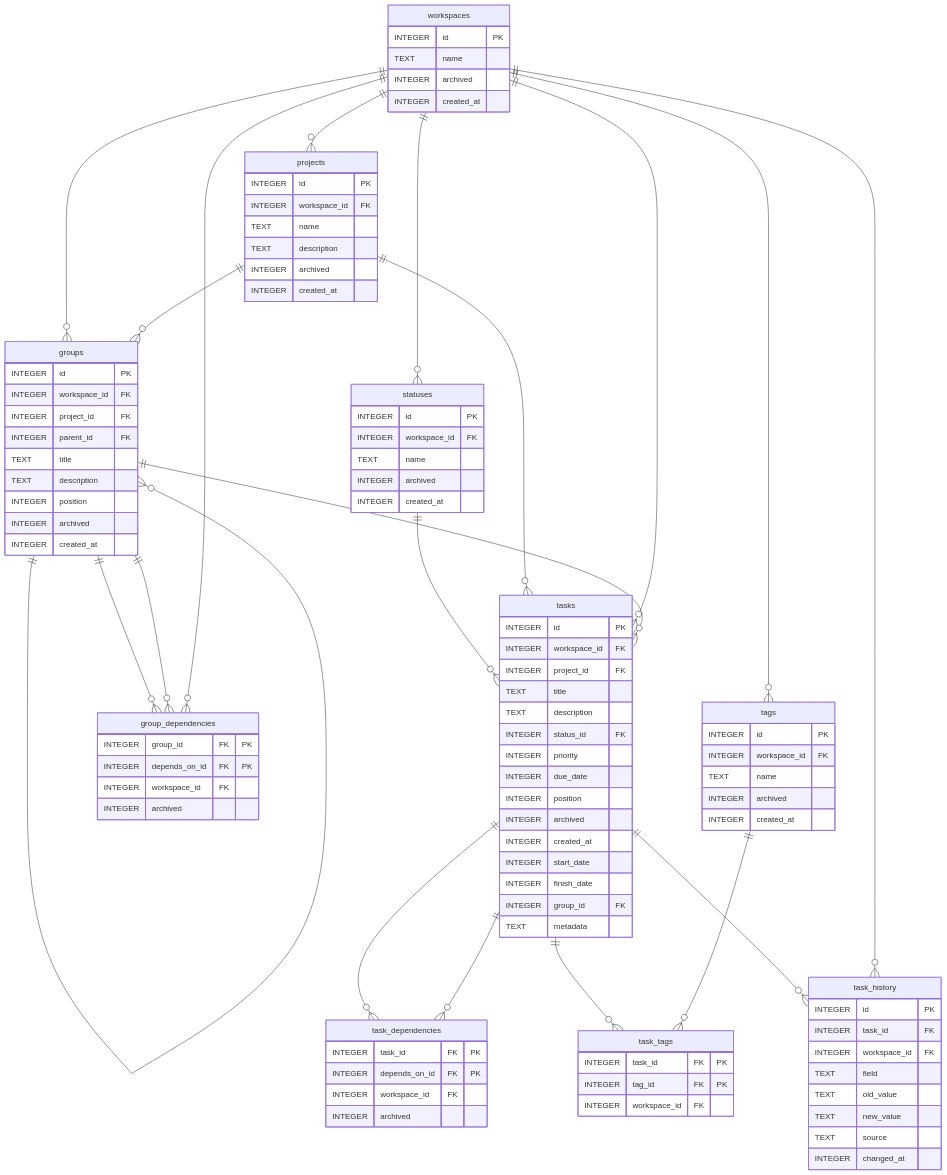
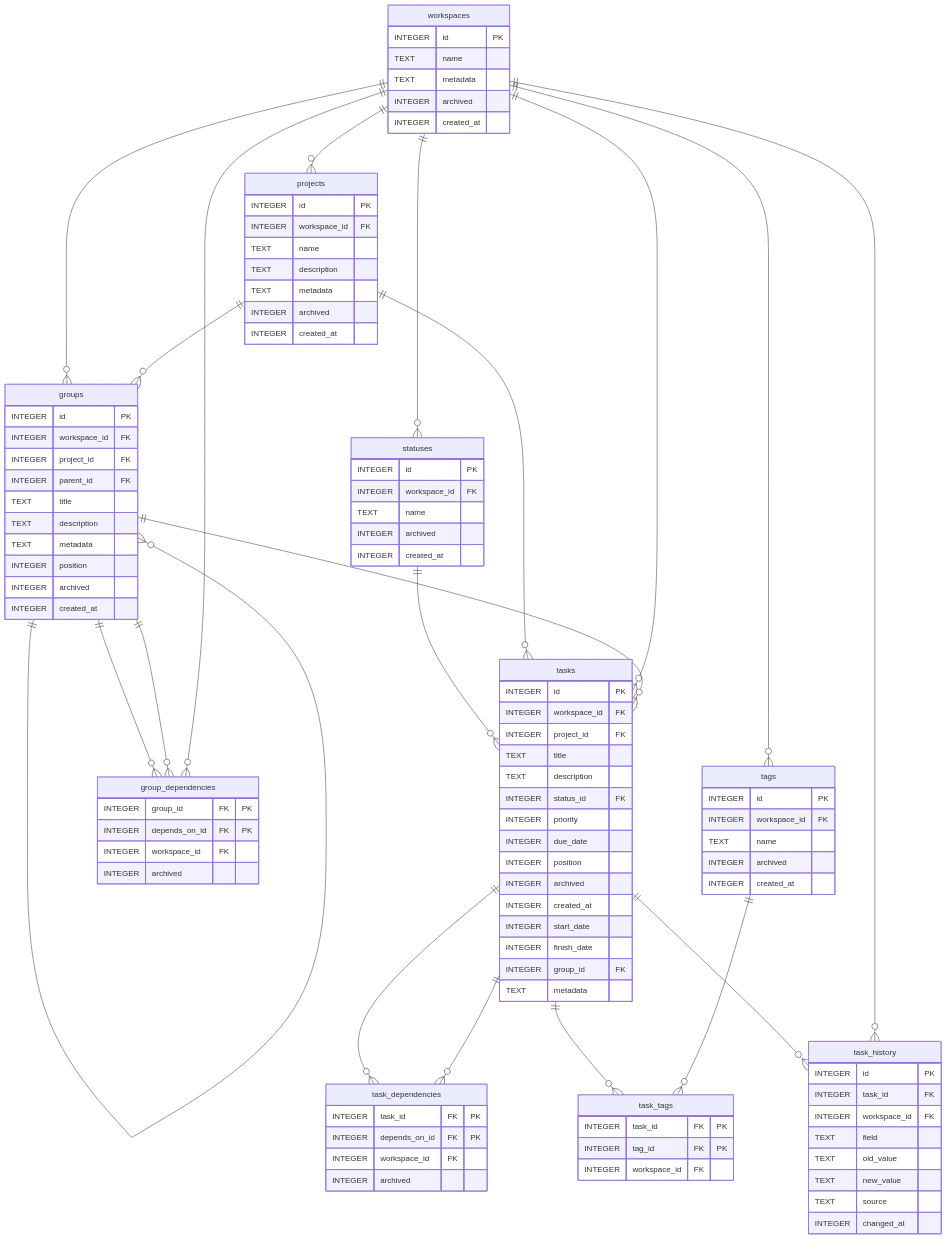
One commit to phansen314/sticky-notes changed the diagram in docs/erd.md. Above: the diagram before and after it, drawn with Mermaid. The commit also changed 27 other files, not shown here.

```diff
--- a/docs/erd.md
+++ b/docs/erd.md
@@ -23,6 +23,7 @@
     workspaces {
         INTEGER id PK
         TEXT name
+        TEXT metadata
         INTEGER archived
         INTEGER created_at
     }
@@ -32,6 +33,7 @@
         INTEGER workspace_id FK
         TEXT name
         TEXT description
+        TEXT metadata
         INTEGER archived
         INTEGER created_at
     }
@@ -51,6 +53,7 @@
         INTEGER parent_id FK
         TEXT title
         TEXT description
+        TEXT metadata
         INTEGER position
         INTEGER archived
         INTEGER created_at
```
